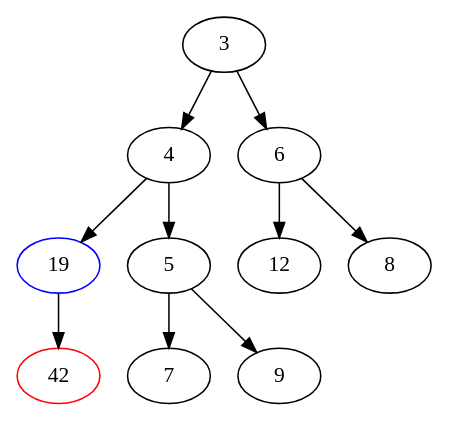
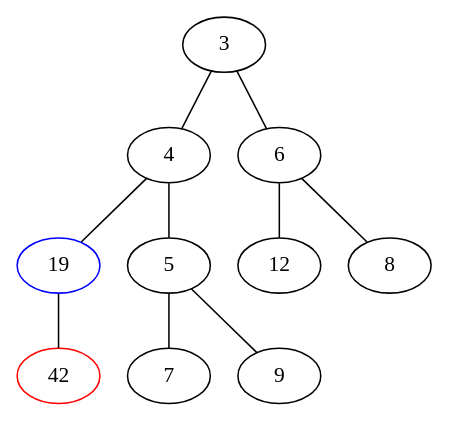
One commit to azolus/dstructOn changed the diagram in heap/assets/heap_extract_6.dot. Above: the diagram before and after it, drawn with Graphviz. The commit also changed 20 other files, not shown here.

Commit message:
docs: change graph edges from arrows to lines

```diff
--- a/heap/assets/heap_extract_6.dot
+++ b/heap/assets/heap_extract_6.dot
@@ -1,13 +1,13 @@
-digraph G {
+graph G {
 	"42" [color=red];
 	"19" [color=blue];
-	3 -> 4;
-	3 -> 6;
-	4 -> 5;
-	4 -> 19;
-	6 -> 12;
-	6 -> 8;
-	5 -> 7;
-	5 -> 9;
-	19 -> 42;
+	3 -- 4;
+	3 -- 6;
+	4 -- 5;
+	4 -- 19;
+	6 -- 12;
+	6 -- 8;
+	5 -- 7;
+	5 -- 9;
+	19 -- 42;
 }
```
